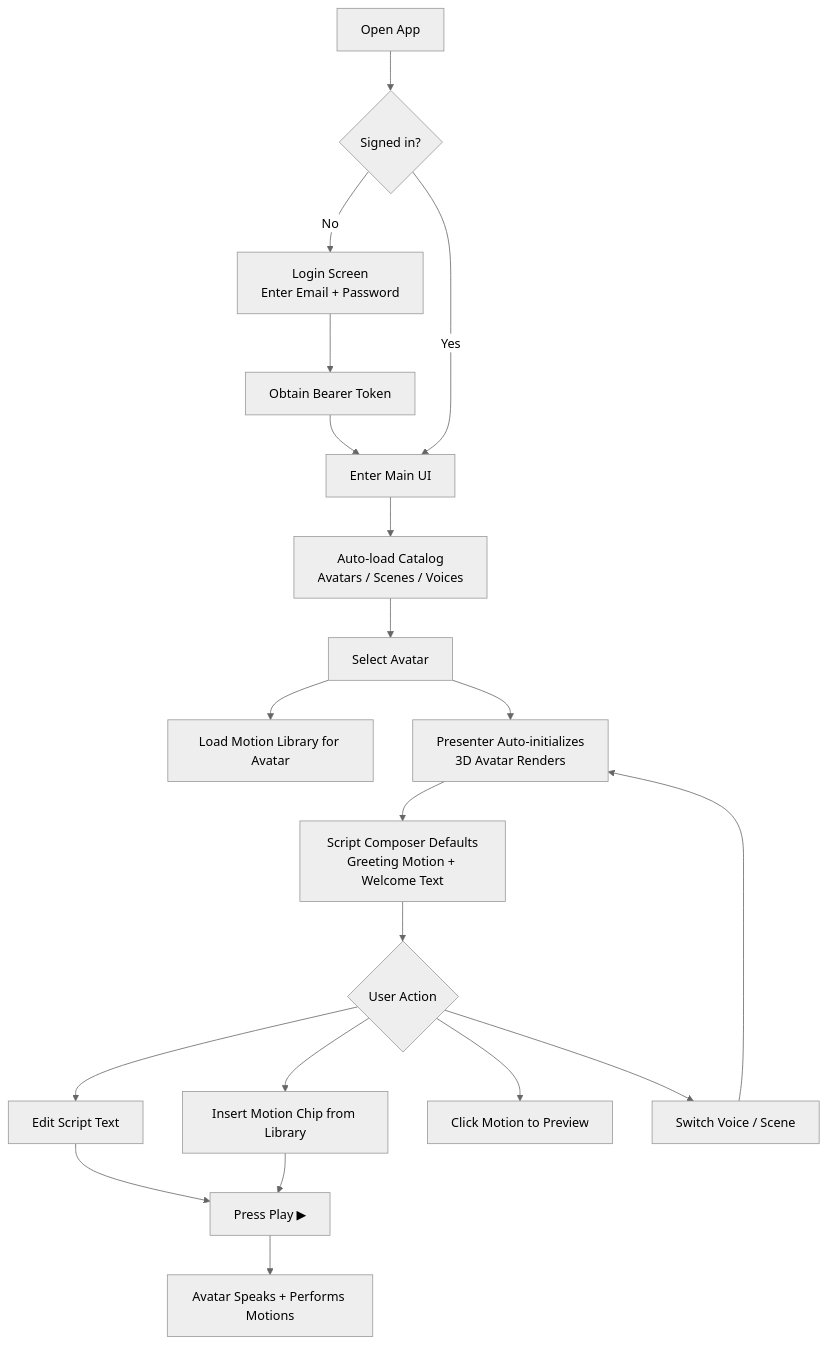
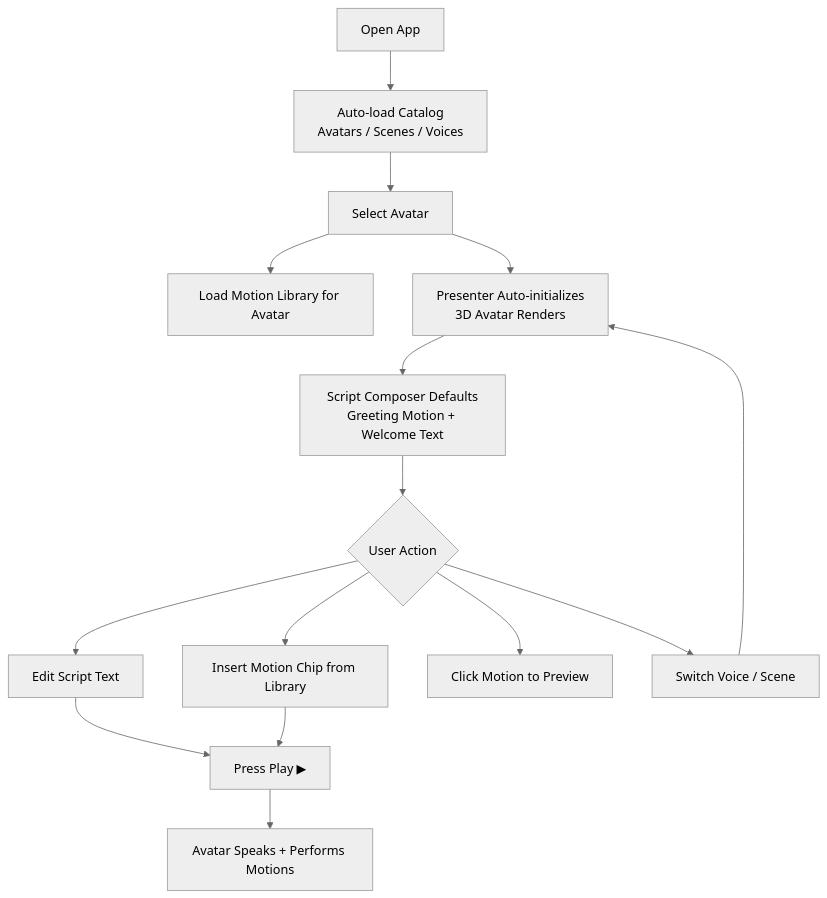
One commit to Azraelix316/perxona-connect-kit changed the diagram in tools/motion-browser/README.md. Above: the diagram before and after it, drawn with Mermaid (neutral theme). The commit also changed other lines of this file and 17 other files, not shown here.

````diff
--- a/tools/motion-browser/README.md
+++ b/tools/motion-browser/README.md
@@ -87,27 +89,21 @@
 ```mermaid
 flowchart TD
-    A[Open App] --> B{Signed in?}
-    B -- No --> C[Login Screen<br/>Enter Email + Password]
-    C --> D[Obtain Bearer Token]
-    D --> E[Enter Main UI]
-    B -- Yes --> E
-
-    E --> F[Auto-load Catalog<br/>Avatars / Scenes / Voices]
+    A[Open App] --> F[Auto-load Catalog<br/>Avatars / Scenes / Voices]
     F --> G[Select Avatar]
     G --> H[Load Motion Library for Avatar]
     G --> I[Presenter Auto-initializes<br/>3D Avatar Renders]
 
     I --> J[Script Composer Defaults<br/>Greeting Motion + Welcome Text]
 
     J --> K{User Action}
     K --> L[Edit Script Text]
     K --> M[Insert Motion Chip from Library]
     K --> N[Click Motion to Preview]
     K --> O[Switch Voice / Scene]
 
     L --> P[Press Play ▶]
     M --> P
     P --> Q[Avatar Speaks + Performs Motions]
 
     O --> I
 ```
````
